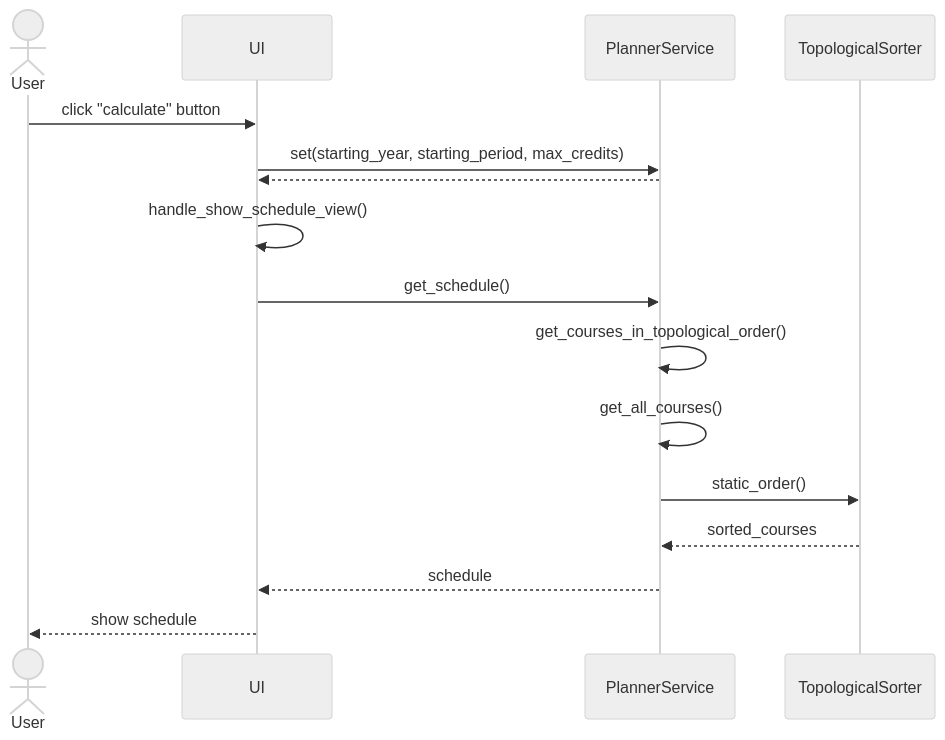
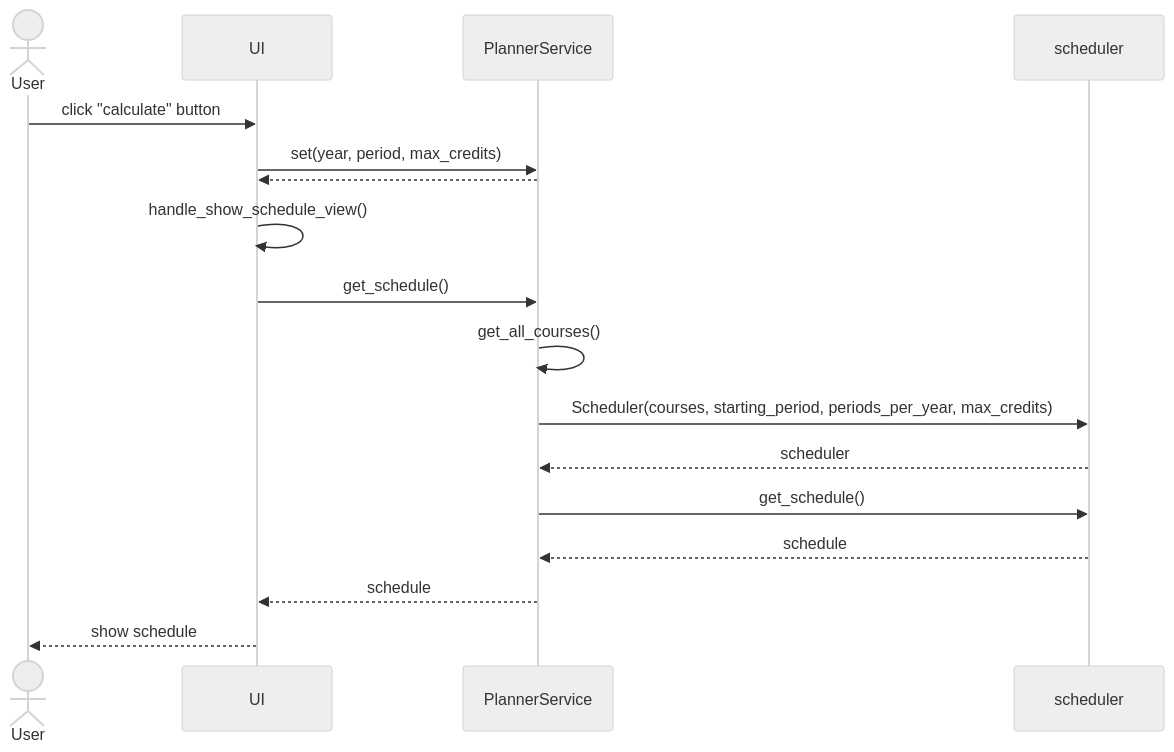
One commit to TheJiahao/ohte-harjoitustyo changed the fifth of 5 diagrams in dokumentaatio/arkkitehtuuri.md. Above: the diagram before and after it, drawn with Mermaid (neutral theme). The commit also changed other lines of this file and 1 other file, not shown here.

````diff
--- a/dokumentaatio/arkkitehtuuri.md
+++ b/dokumentaatio/arkkitehtuuri.md
@@ -97,17 +99,18 @@
 ```mermaid
 sequenceDiagram
 actor User
 
 User ->> UI: click "calculate" button
-UI ->> PlannerService: set(starting_year, starting_period, max_credits)
+UI ->> PlannerService: set(year, period, max_credits)
 PlannerService -->> UI: 
 UI ->> UI: handle_show_schedule_view()
 UI ->> PlannerService: get_schedule()
-PlannerService ->> PlannerService: get_courses_in_topological_order()
 PlannerService ->> PlannerService: get_all_courses()
-PlannerService ->> TopologicalSorter: static_order()
-TopologicalSorter -->> PlannerService: sorted_courses
+PlannerService ->> scheduler: Scheduler(courses, starting_period, periods_per_year, max_credits)
+scheduler -->> PlannerService: scheduler
+PlannerService ->> scheduler: get_schedule()
+scheduler -->> PlannerService: schedule
 
 PlannerService -->> UI: schedule
 UI -->> User: show schedule
 ```
````
